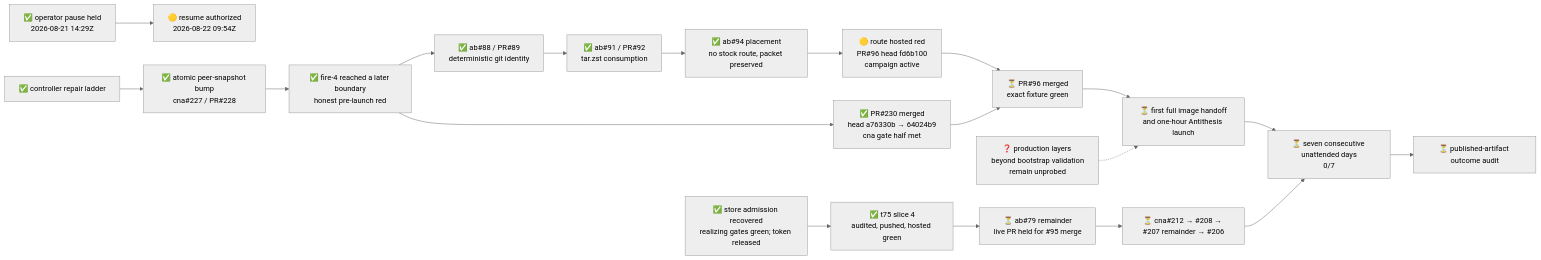
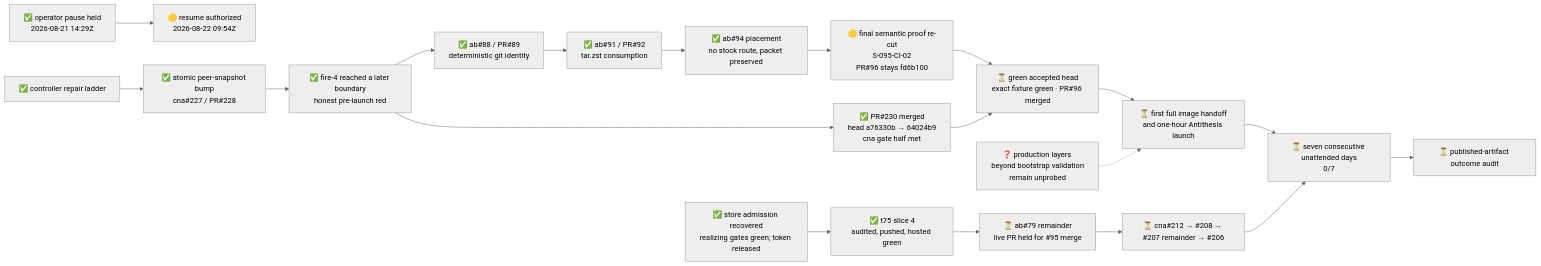
The diagram in .milestones/2/state.md (cardano-foundation/cardano-node-antithesis), drawn with Mermaid (neutral theme) before and after one commit. The commit also changed other lines of this file and 6 other files, not shown here.

````diff
--- a/.milestones/2/state.md
+++ b/.milestones/2/state.md
@@ -12,17 +13,17 @@
 ```mermaid
 flowchart LR
     pause["✅ operator pause held<br/>2026-08-21 14:29Z"] --> resume["🟡 resume authorized<br/>2026-08-22 09:54Z"]
     ladder["✅ controller repair ladder"] --> atomic["✅ atomic peer-snapshot bump<br/>cna#227 / PR#228"]
     atomic --> fire4["✅ fire-4 reached a later boundary<br/>honest pre-launch red"]
     fire4 --> observe["✅ PR#230 merged<br/>head a76330b → 64024b9<br/>cna gate half met"]
     fire4 --> gitinfo["✅ ab#88 / PR#89<br/>deterministic git identity"]
     gitinfo --> archives["✅ ab#91 / PR#92<br/>tar.zst consumption"]
     archives --> noroute["✅ ab#94 placement<br/>no stock route, packet preserved"]
-    noroute --> patch95["🟡 route hosted red<br/>PR#96 head fd6b100<br/>campaign active"] --> fire5["⏳ PR#96 merged<br/>exact fixture green"]
+    noroute --> patch95["🟡 final semantic proof re-cut<br/>S-095-CI-02<br/>PR#96 stays fd6b100"] --> fire5["⏳ green accepted head<br/>exact fixture green · PR#96 merged"]
     observe --> fire5
     fire5 --> launch["⏳ first full image handoff<br/>and one-hour Antithesis launch"]
     launch --> streak["⏳ seven consecutive unattended days<br/>0/7"] --> audit["⏳ published-artifact outcome audit"]
     capacity["✅ store admission recovered<br/>realizing gates green; token released"] --> t75["✅ t75 slice 4<br/>audited, pushed, hosted green"]
     t75 --> handoff79["⏳ ab#79 remainder<br/>live PR held for #95 merge"] --> hardening["⏳ cna#212 → #208 → #207 remainder → #206"] --> streak
     unknown["❓ production layers beyond bootstrap validation<br/>remain unprobed"] -.-> launch
 ```
````
